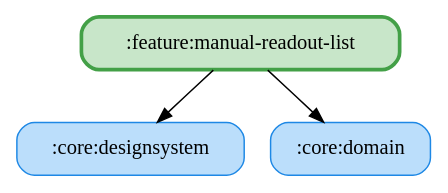
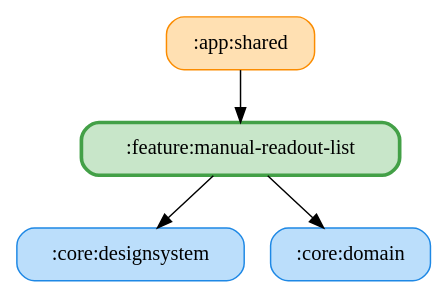
The diagram in docs/graphs/feature-manual-readout-list.gv (ai-kurou/KoDriver), drawn with Graphviz before and after one commit. The commit also changed 3 other files, not shown here.

Commit message:
chore: update module graph images

```diff
--- a/docs/graphs/feature-manual-readout-list.gv
+++ b/docs/graphs/feature-manual-readout-list.gv
@@ -1,9 +1,11 @@
 digraph G {
   rankdir=TB
   node [shape=box, style="rounded,filled"]
+  ":app:shared" [fillcolor="#FFE0B2", color="#FB8C00", penwidth=1]
   ":core:designsystem" [fillcolor="#BBDEFB", color="#1E88E5", penwidth=1]
   ":core:domain" [fillcolor="#BBDEFB", color="#1E88E5", penwidth=1]
   ":feature:manual-readout-list" [fillcolor="#C8E6C9", color="#43A047", penwidth=2.5]
+  ":app:shared" -> ":feature:manual-readout-list"
   ":feature:manual-readout-list" -> ":core:domain"
   ":feature:manual-readout-list" -> ":core:designsystem"
 }
```
